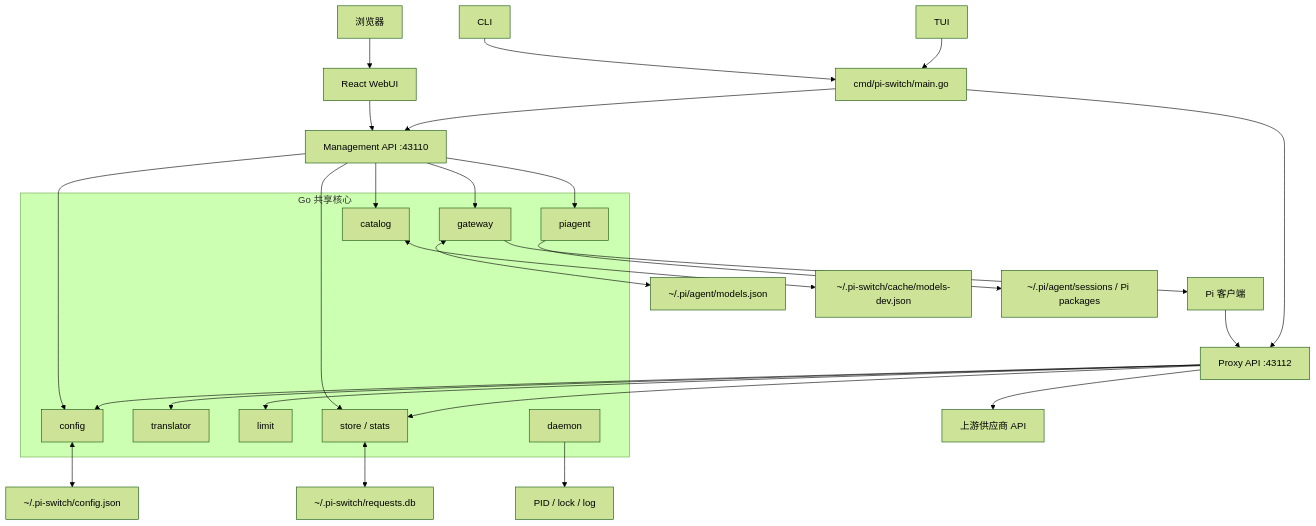
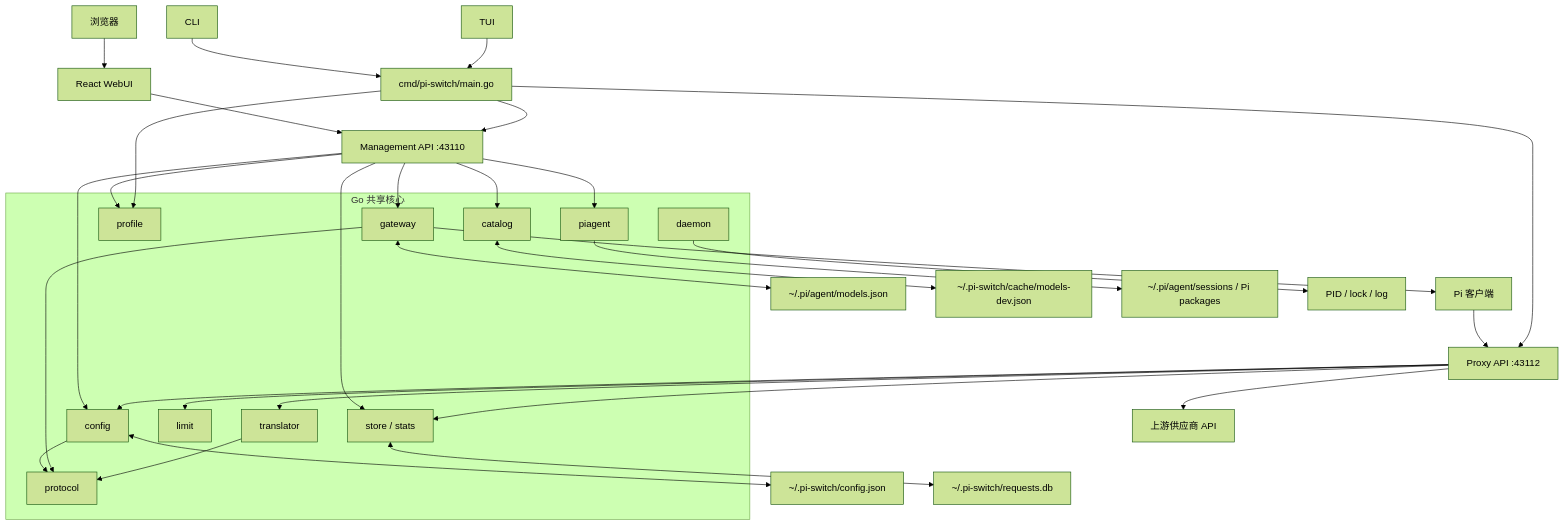
One commit to heihei0299/pi-switch changed the diagram in docs/architecture.md. Above: the diagram before and after it, drawn with Mermaid (forest theme). The commit also changed other lines of this file and 8 other files, not shown here.

First line of the commit message:
docs: sync plans, architecture and guides with the shipped work

````diff
--- a/docs/architecture.md
+++ b/docs/architecture.md
@@ -28,42 +30,50 @@
 ```mermaid
 flowchart TB
     Pi["Pi 客户端"] --> Proxy["Proxy API :43112"]
     Browser["浏览器"] --> WebUI["React WebUI"]
     WebUI --> Mgmt["Management API :43110"]
     CLI["CLI"] --> Main["cmd/pi-switch/main.go"]
     TUI["TUI"] --> Main
     Main --> Proxy
     Main --> Mgmt
 
     subgraph GoCore["Go 共享核心"]
         Config["config"]
         Gateway["gateway"]
         Translator["translator"]
+        Profile["profile"]
+        Protocol["protocol"]
         Limit["limit"]
         Store["store / stats"]
         Catalog["catalog"]
         Daemon["daemon"]
         PiAgent["piagent"]
     end
 
     Mgmt --> Config
     Mgmt --> Gateway
+    Mgmt --> Profile
     Mgmt --> Store
     Mgmt --> Catalog
     Mgmt --> PiAgent
+    Main --> Profile
+
+    Config --> Protocol
+    Gateway --> Protocol
+    Translator --> Protocol
 
     Proxy --> Config
     Proxy --> Translator
     Proxy --> Limit
     Proxy --> Store
     Proxy --> Upstream["上游供应商 API"]
 
     Config <--> ConfigFile["~/.pi-switch/config.json"]
     Gateway <--> ModelsFile["~/.pi/agent/models.json"]
     Catalog <--> CatalogFile["~/.pi-switch/cache/models-dev.json"]
     Store <--> RequestsDB["~/.pi-switch/requests.db"]
     PiAgent --> Sessions["~/.pi/agent/sessions / Pi packages"]
     Daemon --> Runtime["PID / lock / log"]
 
     Gateway --> Pi
 ```
````
